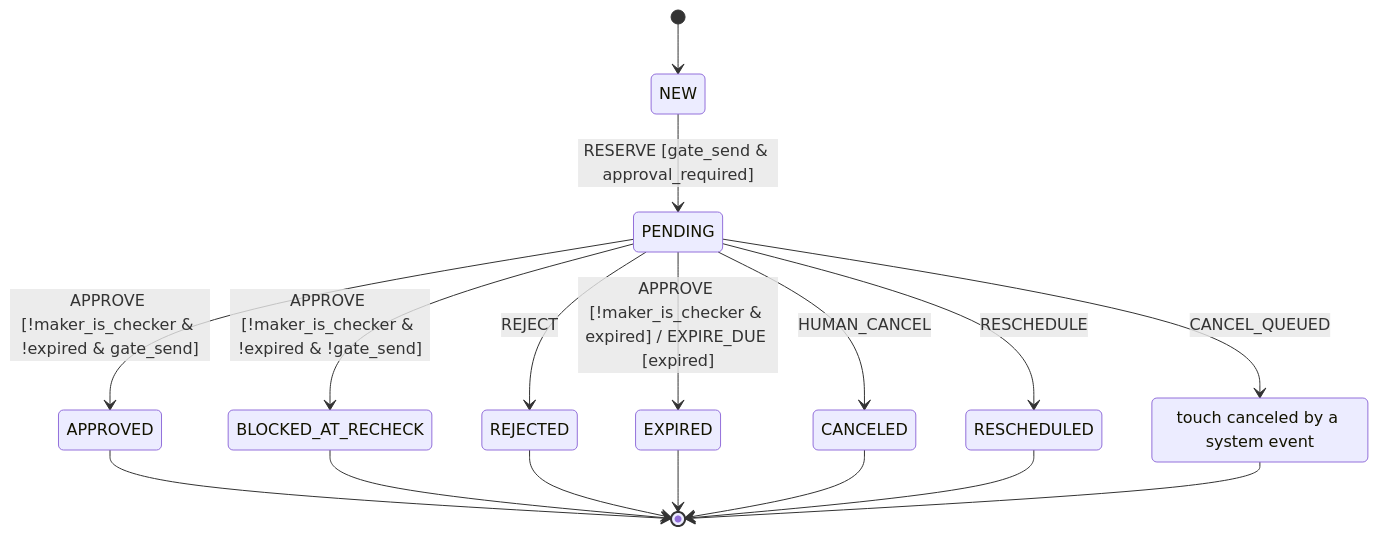
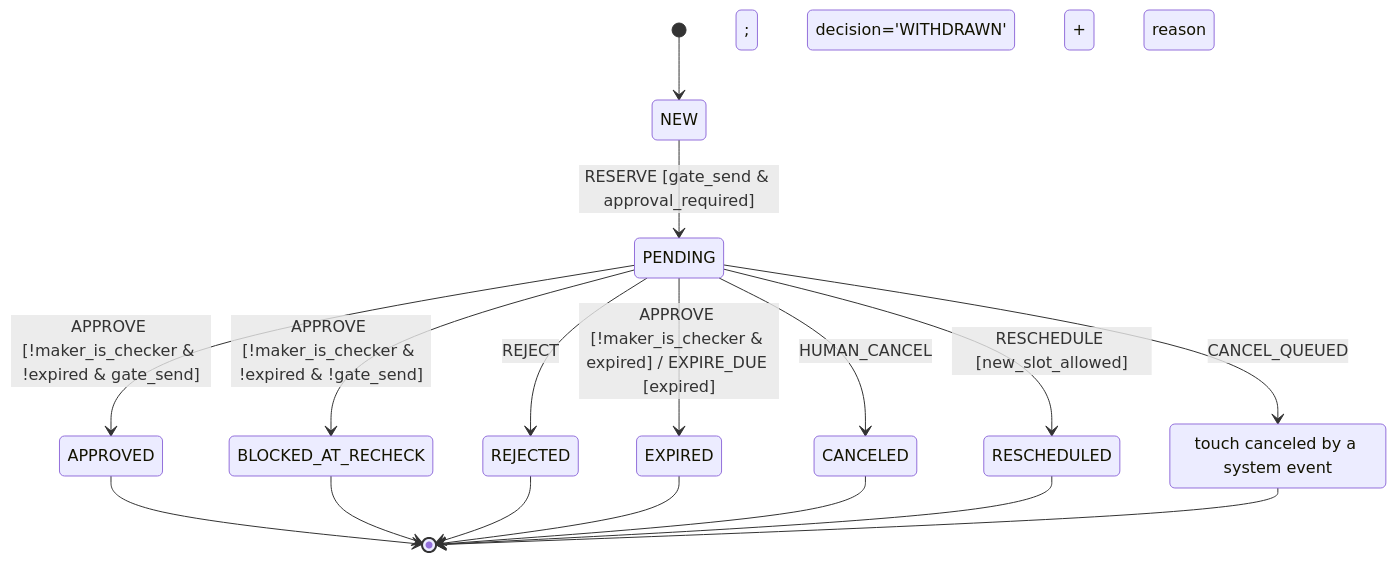
Before and after one commit to dripston/kairos: diagram 15 of 25 in STATES.md, drawn with Mermaid. The commit also changed other lines of this file and 5 other files, not shown here.

````diff
--- a/STATES.md
+++ b/STATES.md
@@ -902,20 +902,20 @@
 ```mermaid
 stateDiagram-v2
     [*] --> NEW
-    WITHDRAWN : touch canceled by a system event
+    WITHDRAWN : touch canceled by a system event; decision='WITHDRAWN' + reason
     NEW --> PENDING : RESERVE [gate_send & approval_required]
     PENDING --> EXPIRED : APPROVE [!maker_is_checker & expired] / EXPIRE_DUE [expired]
     PENDING --> APPROVED : APPROVE [!maker_is_checker & !expired & gate_send]
     PENDING --> BLOCKED_AT_RECHECK : APPROVE [!maker_is_checker & !expired & !gate_send]
     PENDING --> REJECTED : REJECT
     PENDING --> CANCELED : HUMAN_CANCEL
-    PENDING --> RESCHEDULED : RESCHEDULE
+    PENDING --> RESCHEDULED : RESCHEDULE [new_slot_allowed]
     PENDING --> WITHDRAWN : CANCEL_QUEUED
     APPROVED --> [*]
     BLOCKED_AT_RECHECK --> [*]
     REJECTED --> [*]
     EXPIRED --> [*]
     CANCELED --> [*]
     RESCHEDULED --> [*]
     WITHDRAWN --> [*]
 ```
````
